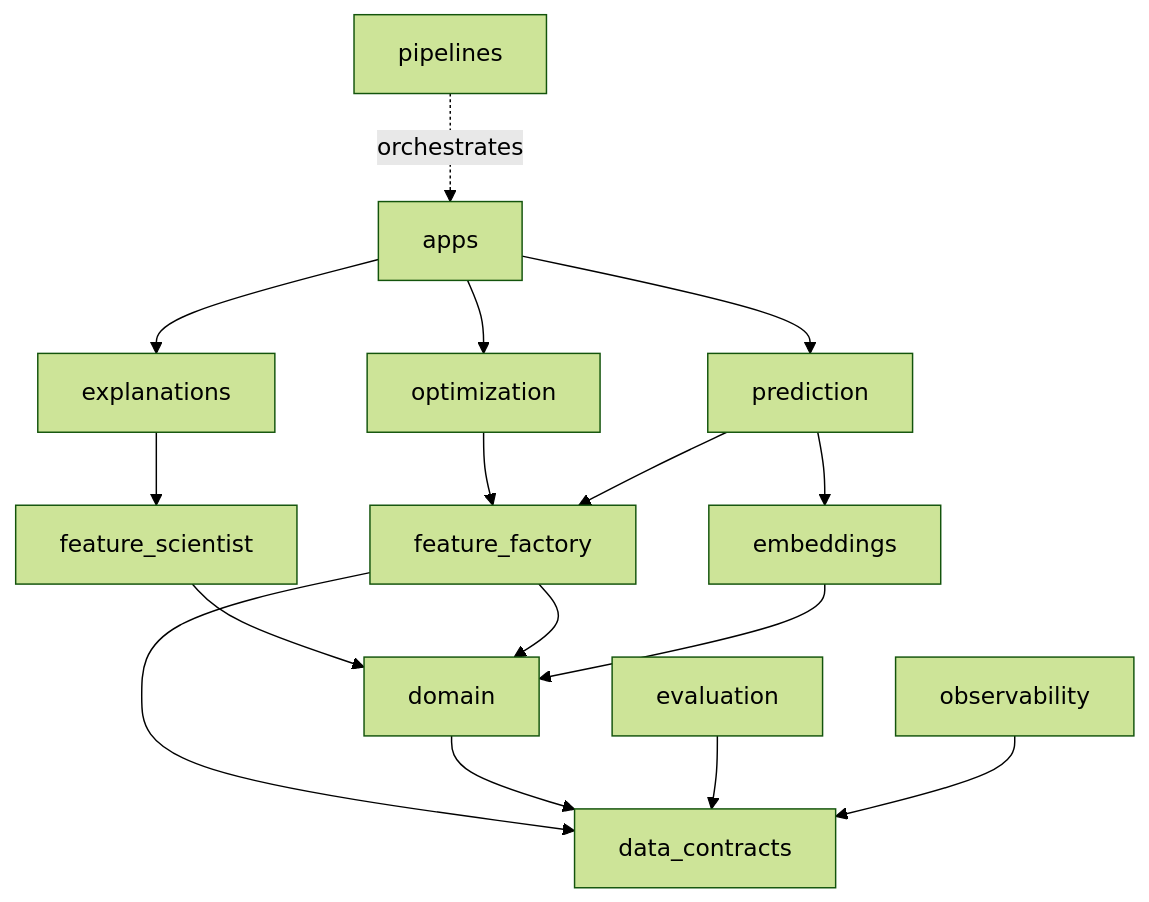
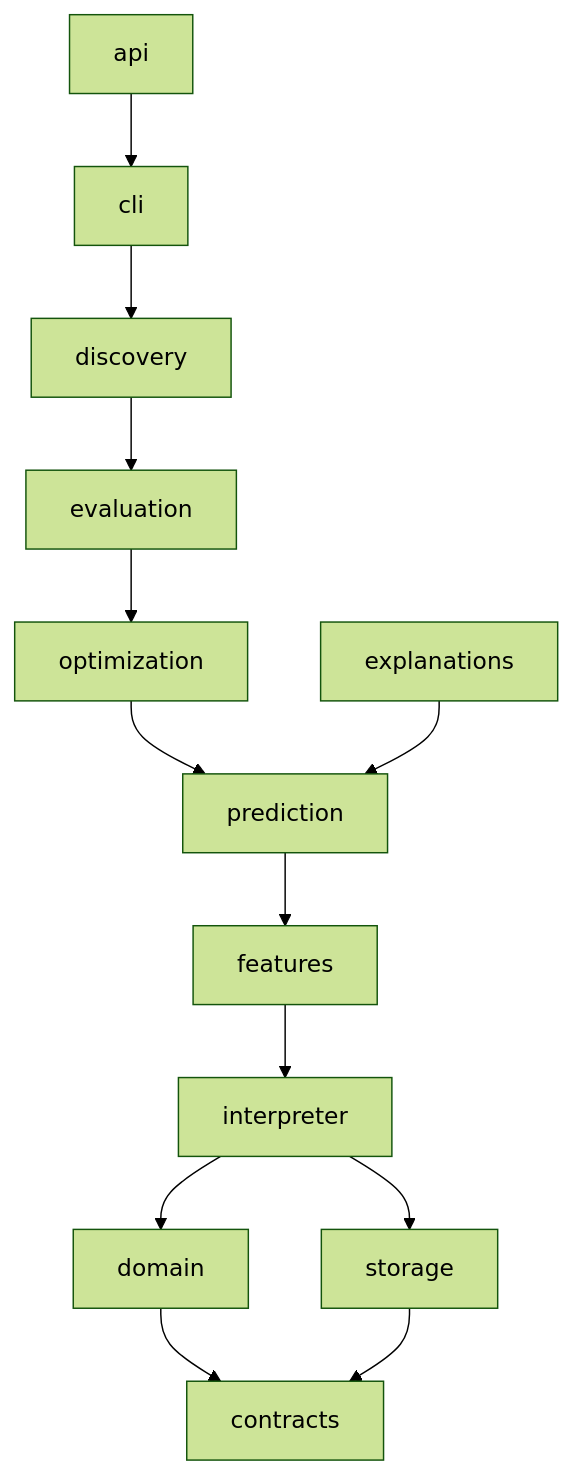
One commit to smukhyala/XGalonso changed the first of 2 diagrams in docs/README.md. Above: the diagram before and after it, drawn with Mermaid (forest theme). The commit also changed other lines of this file and 22 other files, not shown here.

````diff
--- a/docs/README.md
+++ b/docs/README.md
@@ -77,18 +90,15 @@
 ```mermaid
 flowchart TD
-    apps --> explanations
-    apps --> optimization
-    apps --> prediction
-    explanations --> feature_scientist
-    optimization --> feature_factory
-    prediction --> feature_factory
-    prediction --> embeddings
-    feature_scientist --> domain
-    feature_factory --> domain
-    embeddings --> domain
-    feature_factory --> data_contracts
-    domain --> data_contracts
-    evaluation --> data_contracts
-    observability --> data_contracts
-    pipelines -.orchestrates.-> apps
+    api --> cli
+    cli --> discovery
+    discovery --> evaluation
+    evaluation --> optimization
+    optimization --> prediction
+    explanations --> prediction
+    prediction --> features
+    features --> interpreter
+    interpreter --> domain
+    interpreter --> storage
+    domain --> contracts
+    storage --> contracts
 ```
````
